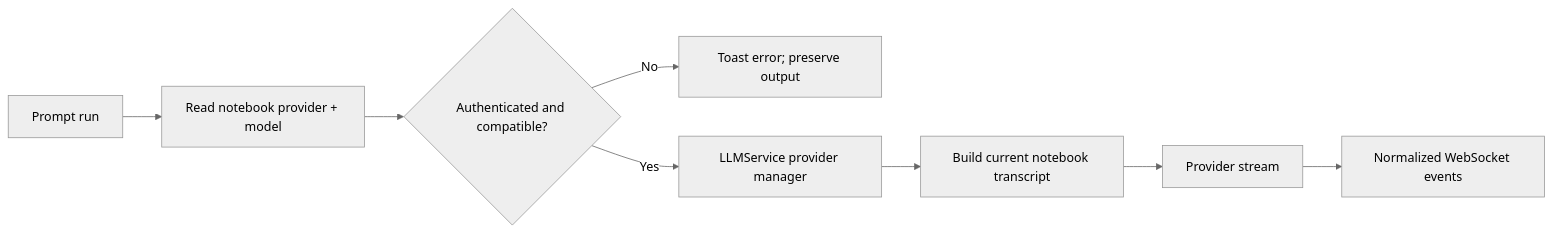
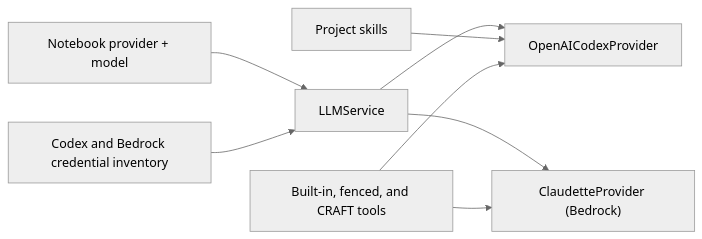
Before and after one commit to sgaseretto/solveish: the first of 2 diagrams in docs/how_it_works/20_multi_provider_llm_and_codex.md, drawn with Mermaid (neutral theme). The commit also changed other lines of this file and 117 other files, not shown here.

````diff
--- a/docs/how_it_works/20_multi_provider_llm_and_codex.md
+++ b/docs/how_it_works/20_multi_provider_llm_and_codex.md
@@ -28,10 +9,10 @@
 ```mermaid
 flowchart LR
-    P["Prompt run"] --> N["Read notebook provider + model"]
-    N --> V{"Authenticated and compatible?"}
-    V -->|No| E["Toast error; preserve output"]
-    V -->|Yes| M["LLMService provider manager"]
-    M --> C["Build current notebook transcript"]
-    C --> R["Provider stream"]
-    R --> W["Normalized WebSocket events"]
+    Notebook["Notebook provider + model"] --> Service["LLMService"]
+    Inventory["Codex and Bedrock credential inventory"] --> Service
+    Service --> Codex["OpenAICodexProvider"]
+    Service --> Bedrock["ClaudetteProvider (Bedrock)"]
+    Skills["Project skills"] --> Codex
+    Registry["Built-in, fenced, and CRAFT tools"] --> Codex
+    Registry --> Bedrock
 ```
````
